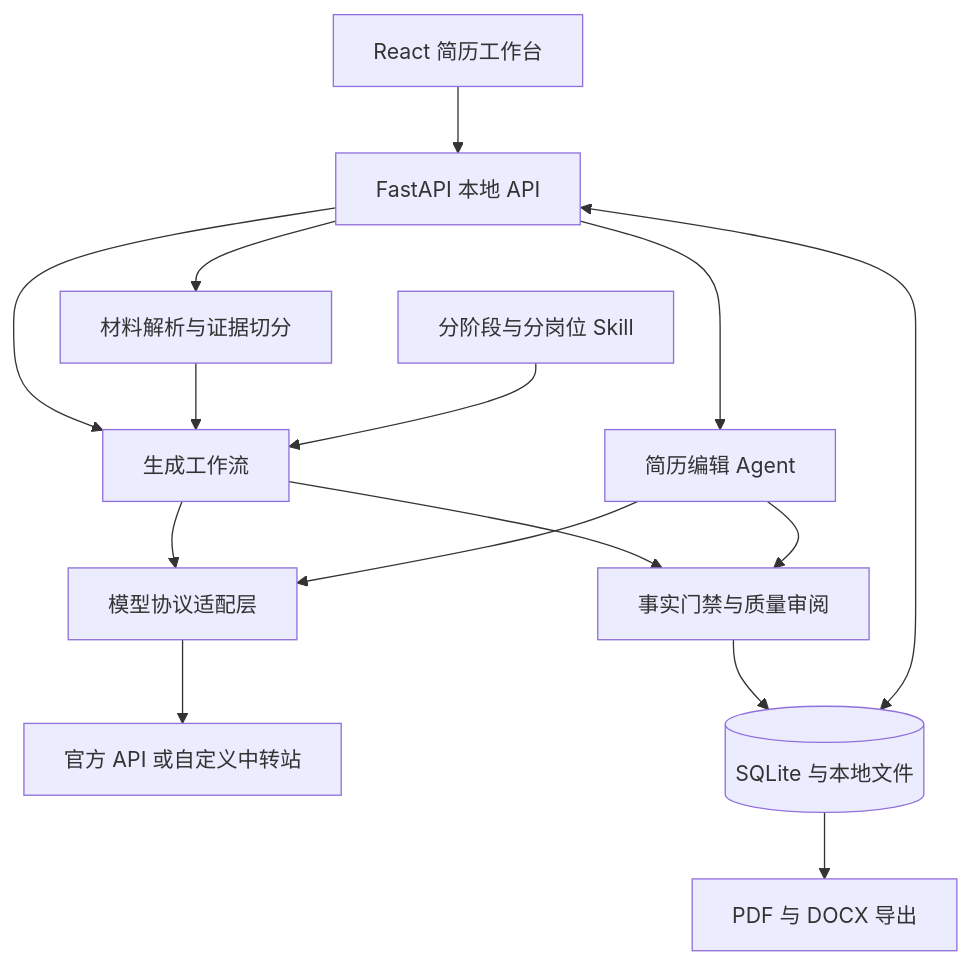
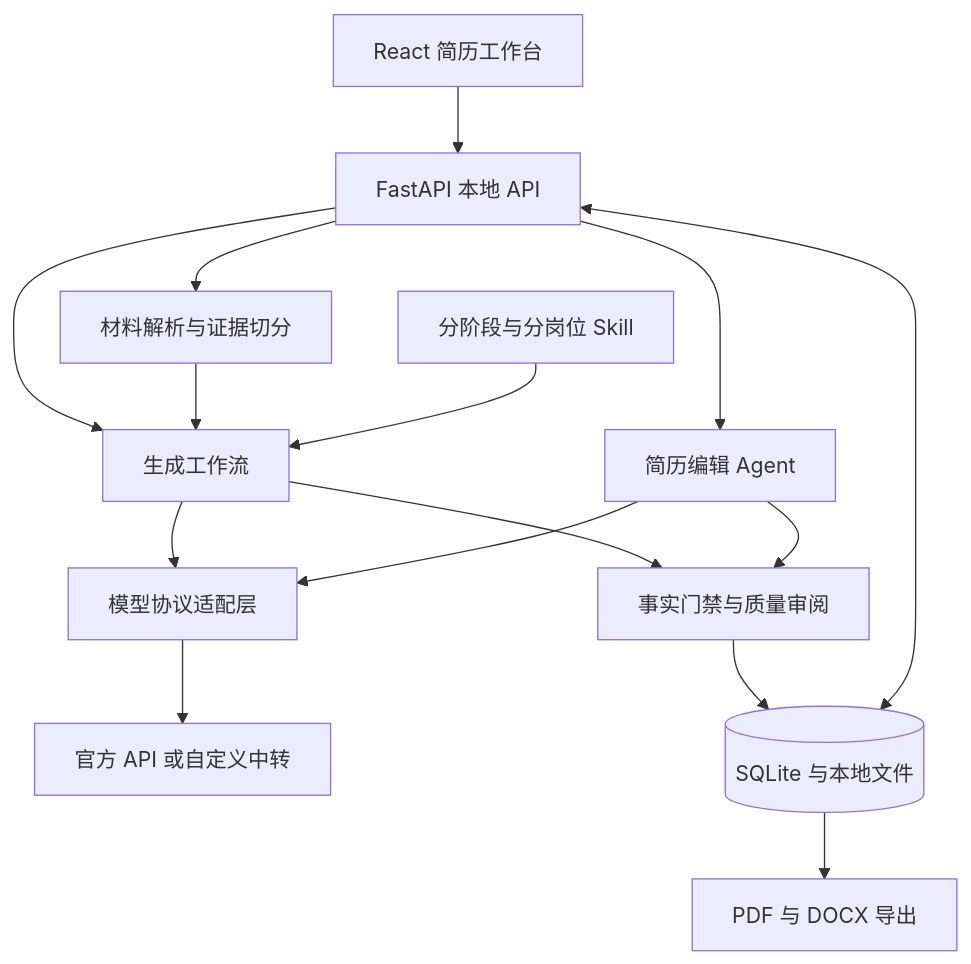
Before and after one commit to Dylanqxh/Match-Trajectory: the second of 2 diagrams in README.md, drawn with Mermaid. The commit also changed other lines of this file and 11 other files, not shown here.

````diff
--- a/README.md
+++ b/README.md
@@ -67,29 +78,29 @@
 ```mermaid
 flowchart TB
     UI[React 简历工作台]
     API[FastAPI 本地 API]
     INTAKE[材料解析与证据切分]
     FLOW[生成工作流]
     AGENT[简历编辑 Agent]
     SKILL[分阶段与分岗位 Skill]
     GATE[事实门禁与质量审阅]
     MODEL[模型协议适配层]
-    PROVIDER[官方 API 或自定义中转站]
+    PROVIDER[官方 API 或自定义中转]
     DATA[(SQLite 与本地文件)]
     EXPORT[PDF 与 DOCX 导出]
 
     UI --> API
     API --> INTAKE
     API --> FLOW
     API --> AGENT
     INTAKE --> FLOW
     SKILL --> FLOW
     FLOW --> MODEL
     AGENT --> MODEL
     MODEL --> PROVIDER
     FLOW --> GATE
     AGENT --> GATE
     GATE --> DATA
     API <--> DATA
     DATA --> EXPORT
 ```
````
